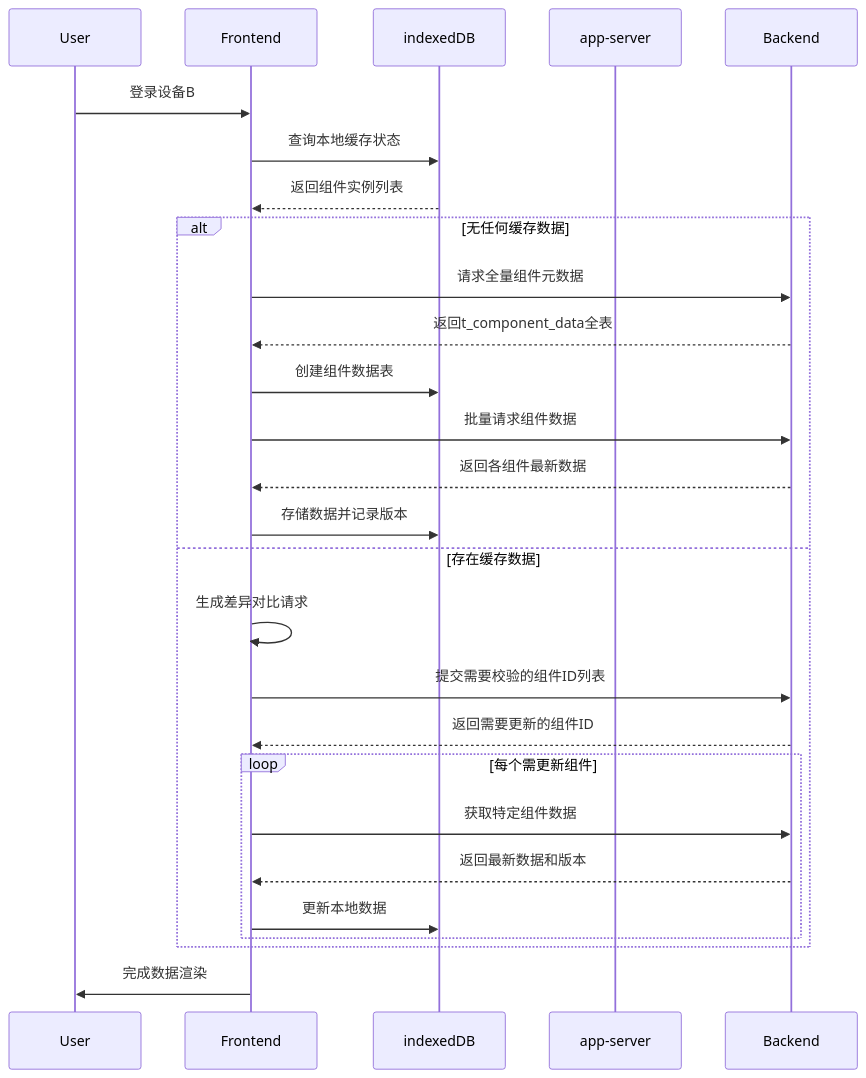
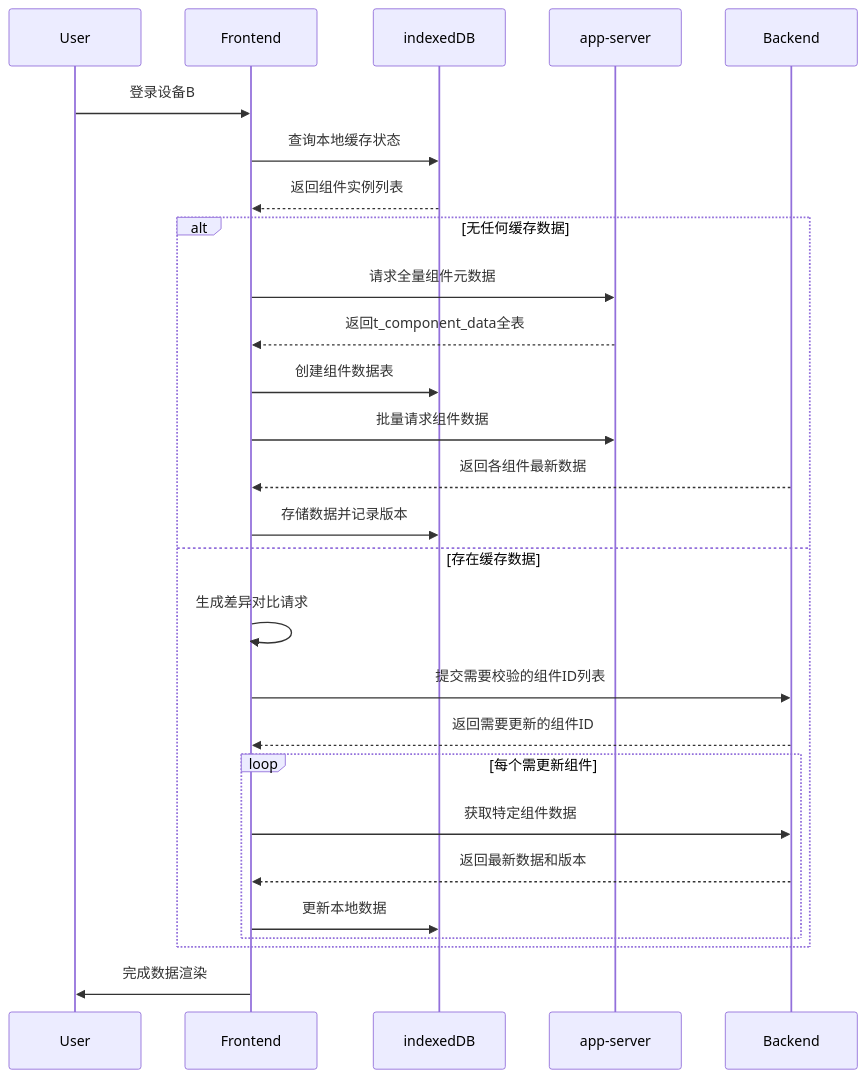
Before and after one commit to yingjianzh/iodraw-files: the diagram in all/未命名-24.md, drawn with Mermaid.

Commit message:
2025-02-24 17:05:38 update

````diff
--- a/all/未命名-24.md
+++ b/all/未命名-24.md
@@ -1,30 +1,30 @@
 ```mermaid
 sequenceDiagram
     participant User
     participant Frontend
     participant indexedDB
     participant app-server
 
     User->>Frontend: 登录设备B
     Frontend->>indexedDB: 查询本地缓存状态
     indexedDB-->>Frontend: 返回组件实例列表
     
     alt 无任何缓存数据
-        Frontend->>Backend: 请求全量组件元数据
-        Backend-->>Frontend: 返回t_component_data全表
+        Frontend->>app-server: 请求全量组件元数据
+        app-server-->>Frontend: 返回t_component_data全表
         Frontend->>indexedDB: 创建组件数据表
-        Frontend->>Backend: 批量请求组件数据
+        Frontend->>app-server: 批量请求组件数据
         Backend-->>Frontend: 返回各组件最新数据
         Frontend->>indexedDB: 存储数据并记录版本
     else 存在缓存数据
         Frontend->>Frontend: 生成差异对比请求
         Frontend->>Backend: 提交需要校验的组件ID列表
         Backend-->>Frontend: 返回需要更新的组件ID
         loop 每个需更新组件
             Frontend->>Backend: 获取特定组件数据
             Backend-->>Frontend: 返回最新数据和版本
             Frontend->>indexedDB: 更新本地数据
         end
     end
     Frontend->>User: 完成数据渲染
 ```
````
